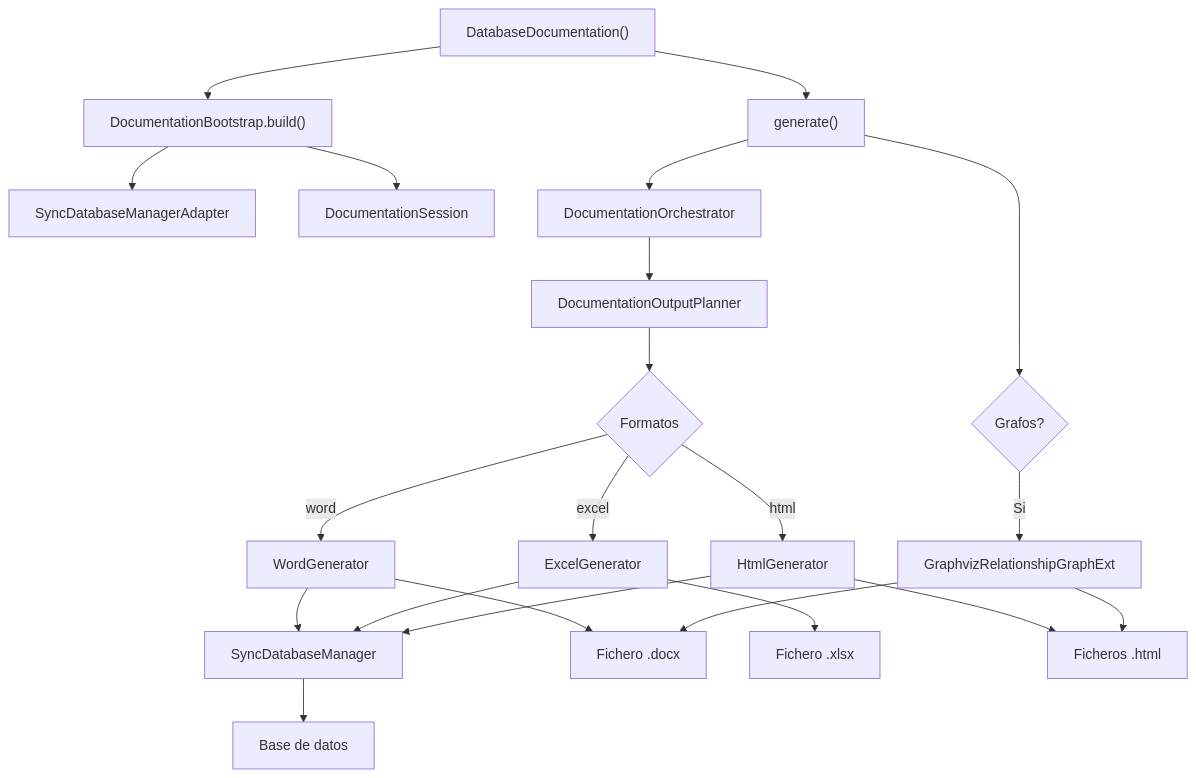
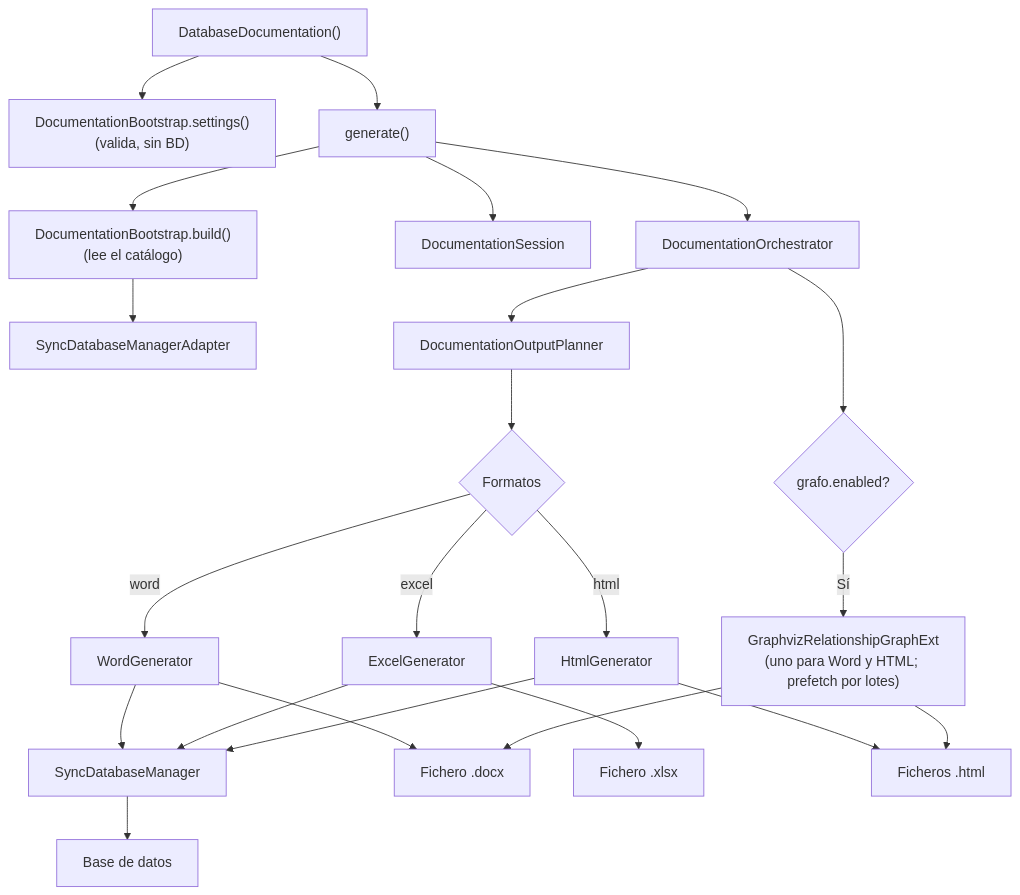
Before and after one commit to fmanza/util_bbdd: the diagram in docs/api/database_documentation.md, drawn with Mermaid. The commit also changed other lines of this file and 21 other files, not shown here.

First line of the commit message:
feat(doc)!: API de util_bbdd.doc reducida, generate() devuelve DocumentationResult y errores propios [v0.41.0]

````diff
--- a/docs/api/database_documentation.md
+++ b/docs/api/database_documentation.md
@@ -7,21 +7,22 @@
 ```mermaid
 flowchart TD
-    A["DatabaseDocumentation()"] --> B["DocumentationBootstrap.build()"]
+    A["DatabaseDocumentation()"] --> S["DocumentationBootstrap.settings()<br/>(valida, sin BD)"]
+    A --> E["generate()"]
+    E --> B["DocumentationBootstrap.build()<br/>(lee el catálogo)"]
     B --> C[SyncDatabaseManagerAdapter]
-    B --> D[DocumentationSession]
-    A --> E["generate()"]
+    E --> D[DocumentationSession]
     E --> F[DocumentationOrchestrator]
     F --> G[DocumentationOutputPlanner]
     G --> H{Formatos}
     H -->|html| K[HtmlGenerator]
     H -->|excel| J[ExcelGenerator]
     H -->|word| I[WordGenerator]
     I & J & K --> L[SyncDatabaseManager]
     L --> M[Base de datos]
     I --> N[Fichero .docx]
     J --> O[Fichero .xlsx]
     K --> P[Ficheros .html]
-    E --> Q{Grafos?}
-    Q -->|Si| R[GraphvizRelationshipGraphExt]
+    F --> Q{grafo.enabled?}
+    Q -->|Sí| R["GraphvizRelationshipGraphExt<br/>(uno para Word y HTML; prefetch por lotes)"]
     R --> N & P
 ```
````
